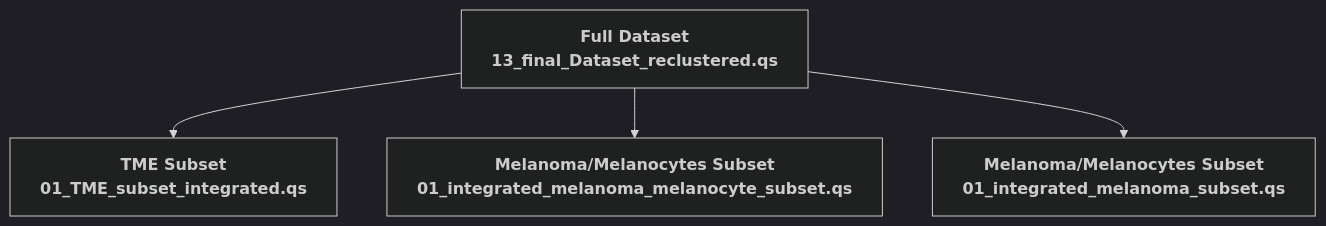
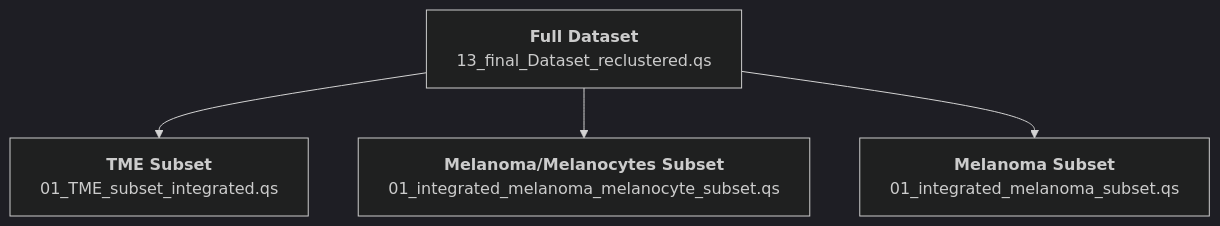
The diagram in README.md (LevesqueLabHub/UMscAtlas), drawn with Mermaid (dark theme) before and after one commit. The commit also changed other lines of this file, not shown here.

````diff
--- a/README.md
+++ b/README.md
@@ -44,6 +44,6 @@
 ```mermaid
 graph TD
-  A[<b>Full Dataset<br/>13_final_Dataset_reclustered.qs] --> B[<b>TME Subset<br/>01_TME_subset_integrated.qs]
-  A --> C[<b>Melanoma/Melanocytes Subset<br/>01_integrated_melanoma_melanocyte_subset.qs]
-  A --> D[<b>Melanoma/Melanocytes Subset<br/>01_integrated_melanoma_subset.qs]
+  A[<b>Full Dataset</b><br/>13_final_Dataset_reclustered.qs] --> B[<b>TME Subset</b><br/>01_TME_subset_integrated.qs]
+  A --> C[<b>Melanoma/Melanocytes Subset</b><br/>01_integrated_melanoma_melanocyte_subset.qs]
+  A --> D[<b>Melanoma Subset</b><br/>01_integrated_melanoma_subset.qs]
 ```
````
